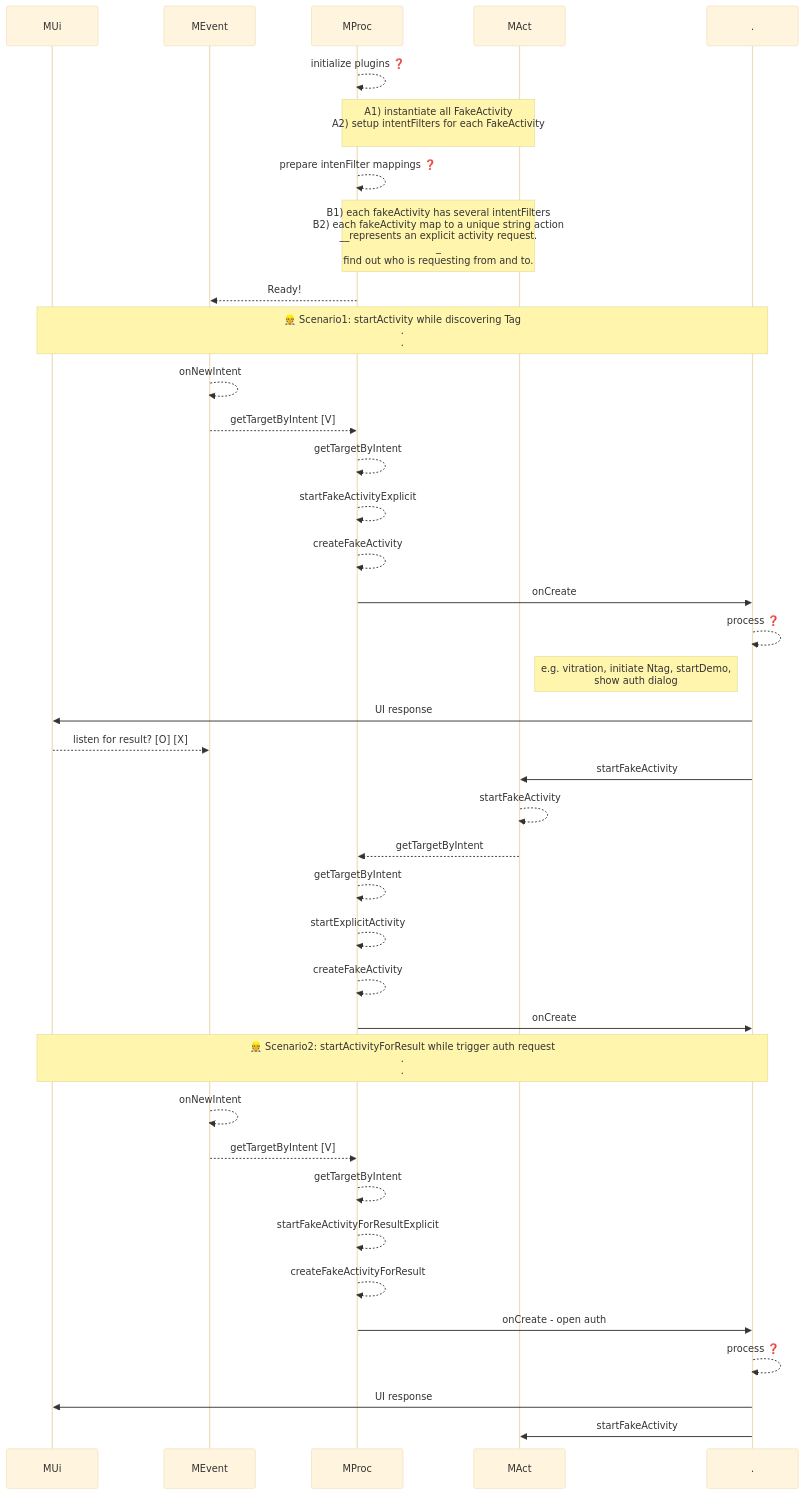
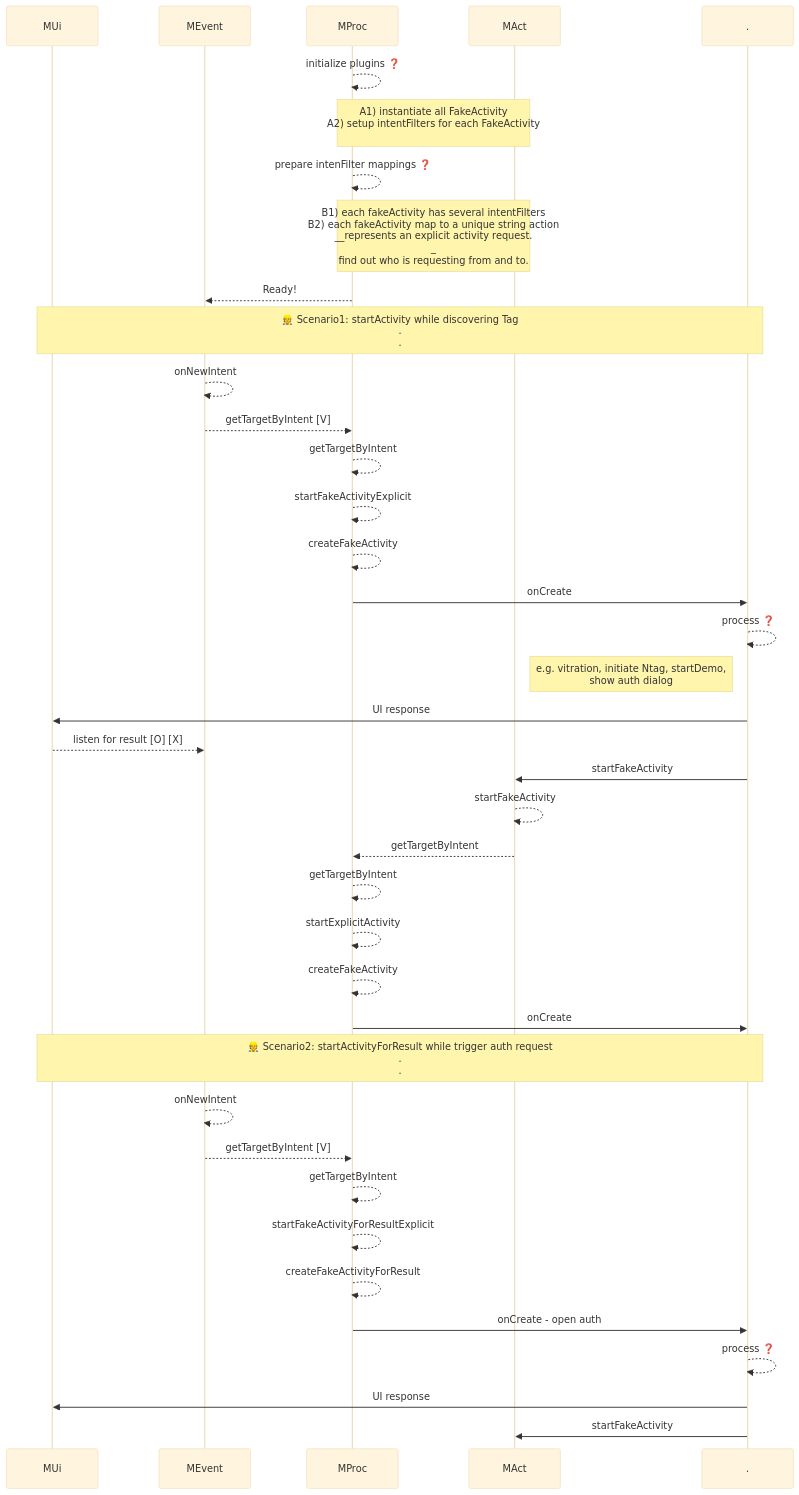
One commit to gordianknotC/nxp_note changed the third of 7 diagrams in flutter/android_to_flutter.md. Above: the diagram before and after it, drawn with Mermaid (base theme). The commit also changed other lines of this file, not shown here.

````diff
--- a/flutter/android_to_flutter.md
+++ b/flutter/android_to_flutter.md
@@ -52,52 +52,53 @@
 ```mermaid
 sequenceDiagram
 participant MUi
 participant MEvent
 participant MProc
 participant MAct
 participant .
 
 MProc-->>MProc: initialize plugins ❓
 Note over MProc,MAct: A1) instantiate all FakeActivity<br>A2) setup intentFilters for each FakeActivity<br>
 
 MProc-->>MProc: prepare intenFilter mappings ❓
 
 Note over MProc, MAct: B1) each fakeActivity has several intentFilters<br>B2) each fakeActivity map to a unique string action<br>__represents an explicit activity request.<br>_<br> find out who is requesting from and to.
 
 MProc-->>MEvent: Ready!
 
 
 Note over MUi, .: 👷 Scenario1: startActivity while discovering Tag<br>.<br>.
 MEvent-->>MEvent: onNewIntent
 
 MEvent-->>MProc: getTargetByIntent [V]
 MProc-->>MProc: getTargetByIntent
 MProc-->>MProc: startFakeActivityExplicit
 MProc-->>MProc: createFakeActivity
 MProc->> . : onCreate
 . -->> . : process ❓
 Note left of .: e.g. vitration, initiate Ntag, startDemo,<br>show auth dialog
 . ->> MUi: UI response
-MUi -->> MEvent: listen for result? [O] [X]
+
+MUi -->> MEvent: listen for result  [O] [X]
 . ->> MAct: startFakeActivity
 MAct -->> MAct: startFakeActivity
 MAct -->> MProc: getTargetByIntent
 MProc -->> MProc: getTargetByIntent
 MProc -->> MProc: startExplicitActivity
 MProc -->> MProc: createFakeActivity
 MProc ->> . : onCreate
 
 
 Note over MUi, .: 👷 Scenario2: startActivityForResult while trigger auth request<br>.<br>.
 MEvent-->>MEvent: onNewIntent
 MEvent-->>MProc: getTargetByIntent [V]
 MProc-->>MProc: getTargetByIntent
 MProc-->>MProc: startFakeActivityForResultExplicit
 MProc-->>MProc: createFakeActivityForResult
 MProc->> . : onCreate - open auth
 . -->> . : process ❓
 . ->> MUi: UI response
 . ->> MAct: startFakeActivity
 
 
 ```
````
